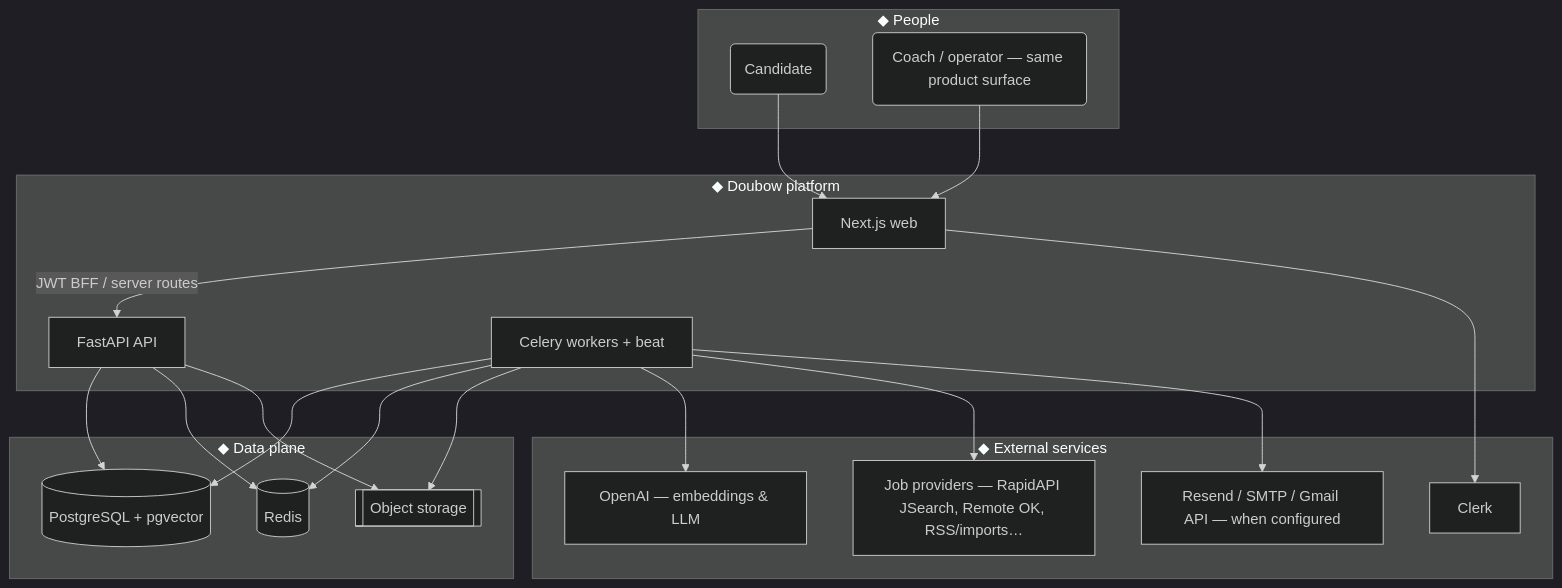
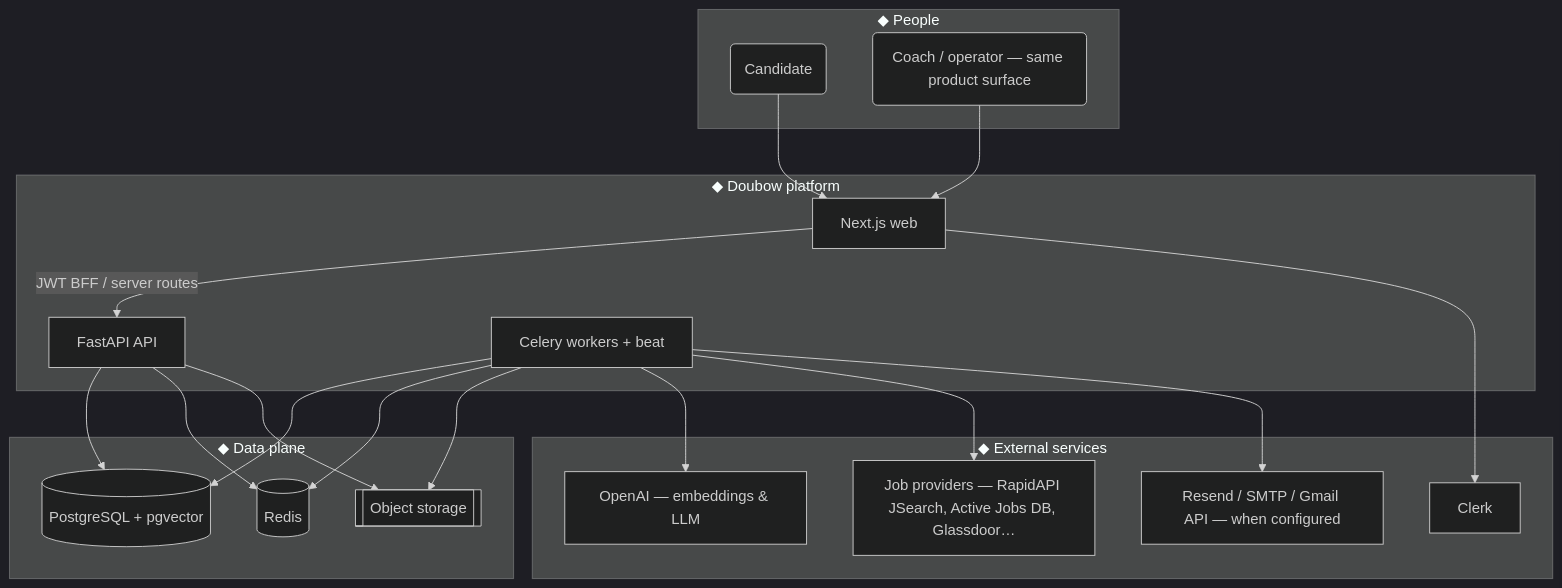
The first of 5 diagrams in README.md (frank-asket/doubau), drawn with Mermaid (dark theme) before and after one commit. The commit also changed other lines of this file and 42 other files, not shown here.

````diff
--- a/README.md
+++ b/README.md
@@ -45,40 +45,40 @@
 ```mermaid
 flowchart TB
   subgraph Users["◆ People"]
     C(Candidate)
     CO(Coach / operator — same product surface)
   end
 
   subgraph Doubow["◆ Doubow platform"]
     W[Next.js web]
     A[FastAPI API]
     Q[Celery workers + beat]
   end
 
   subgraph Data["◆ Data plane"]
     PG[(PostgreSQL + pgvector)]
     RD[(Redis)]
     S3[[Object storage]]
   end
 
   subgraph External["◆ External services"]
     CL[Clerk]
     OAI[OpenAI — embeddings & LLM]
-    JB[Job providers — RapidAPI JSearch, Remote OK, RSS/imports…]
+    JB[Job providers — RapidAPI JSearch, Active Jobs DB, Glassdoor…]
     SM[Resend / SMTP / Gmail API — when configured]
   end
 
   C --> W
   CO --> W
   W -->|JWT BFF / server routes| A
   W --> CL
   A --> PG
   A --> RD
   A --> S3
   Q --> PG
   Q --> RD
   Q --> S3
   Q --> OAI
   Q --> JB
   Q --> SM
 ```
````
